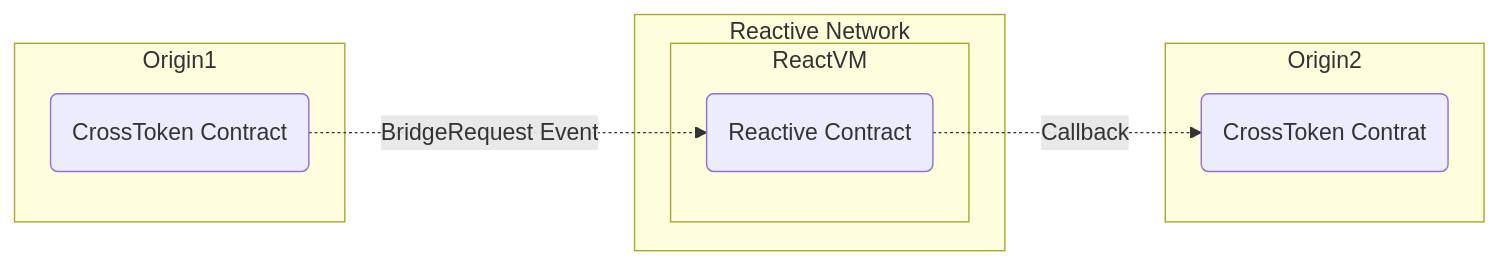
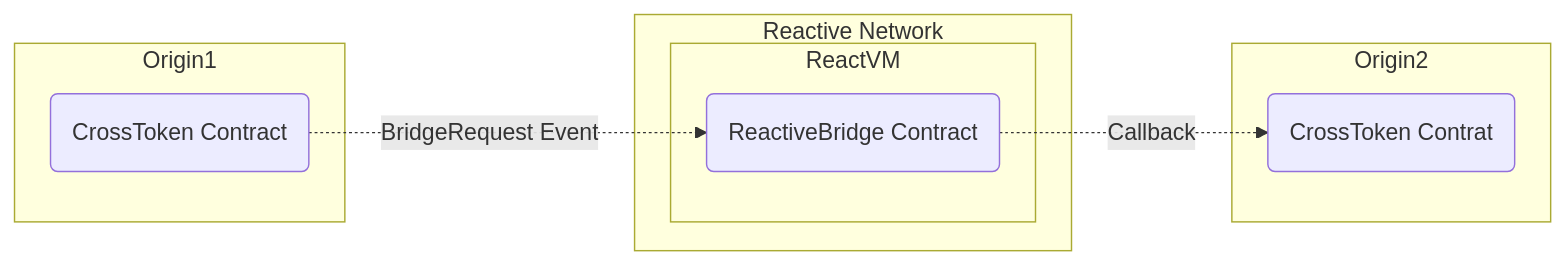
Before and after one commit to Salmandabbakuti/reactive-bridge-dapp: the diagram in src/demos/token-bridge/README.md, drawn with Mermaid.

````diff
--- a/src/demos/token-bridge/README.md
+++ b/src/demos/token-bridge/README.md
@@ -7,18 +7,18 @@
 ```mermaid
 %%{ init: { 'flowchart': { 'curve': 'basis' } } }%%
 flowchart LR
     subgraph Reactive Network
         subgraph ReactVM
-            RC(Reactive Contract)
+            RC(ReactiveBridge Contract)
         end
     end
 
     subgraph Origin1
         OCC(CrossToken Contract)
     end
     subgraph Origin2
         DCC(CrossToken Contrat)
     end
 OCC -.->|BridgeRequest Event| RC
 RC -.->|Callback| DCC
 ```
````
